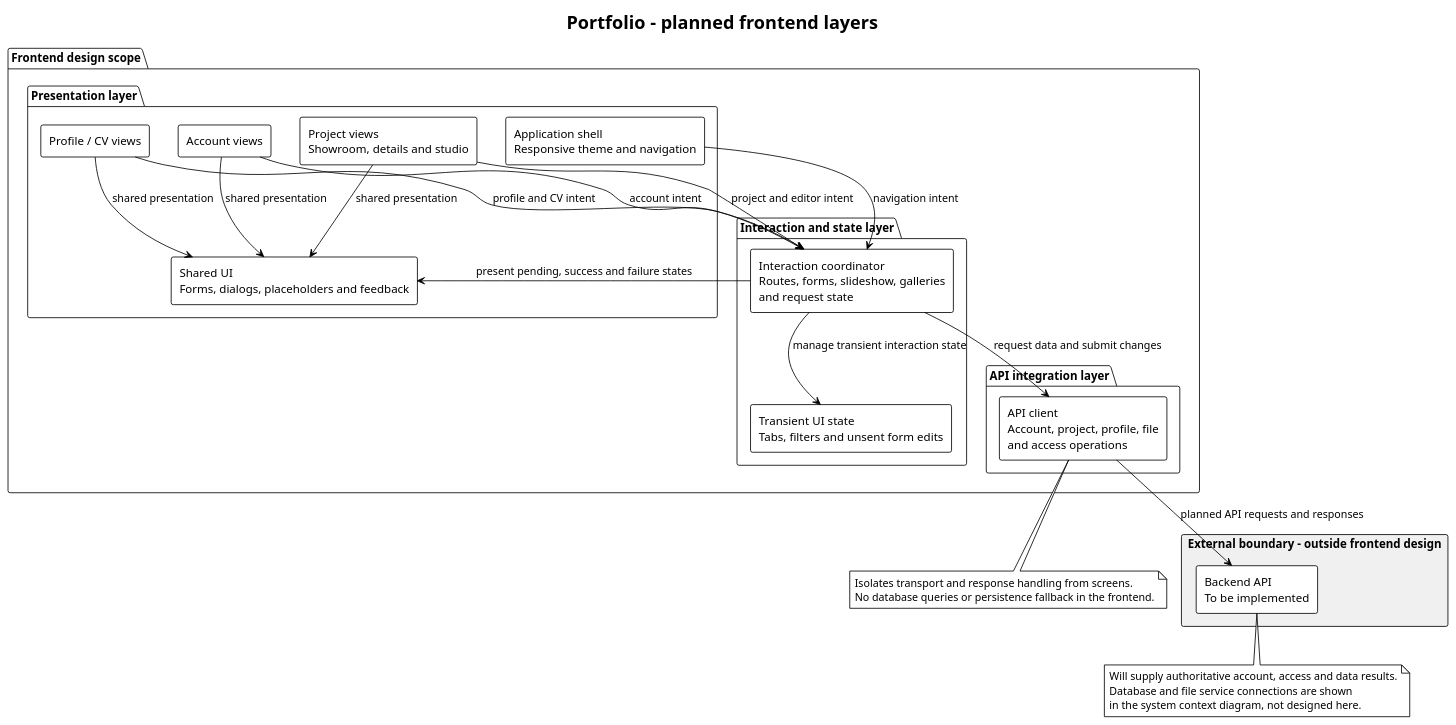
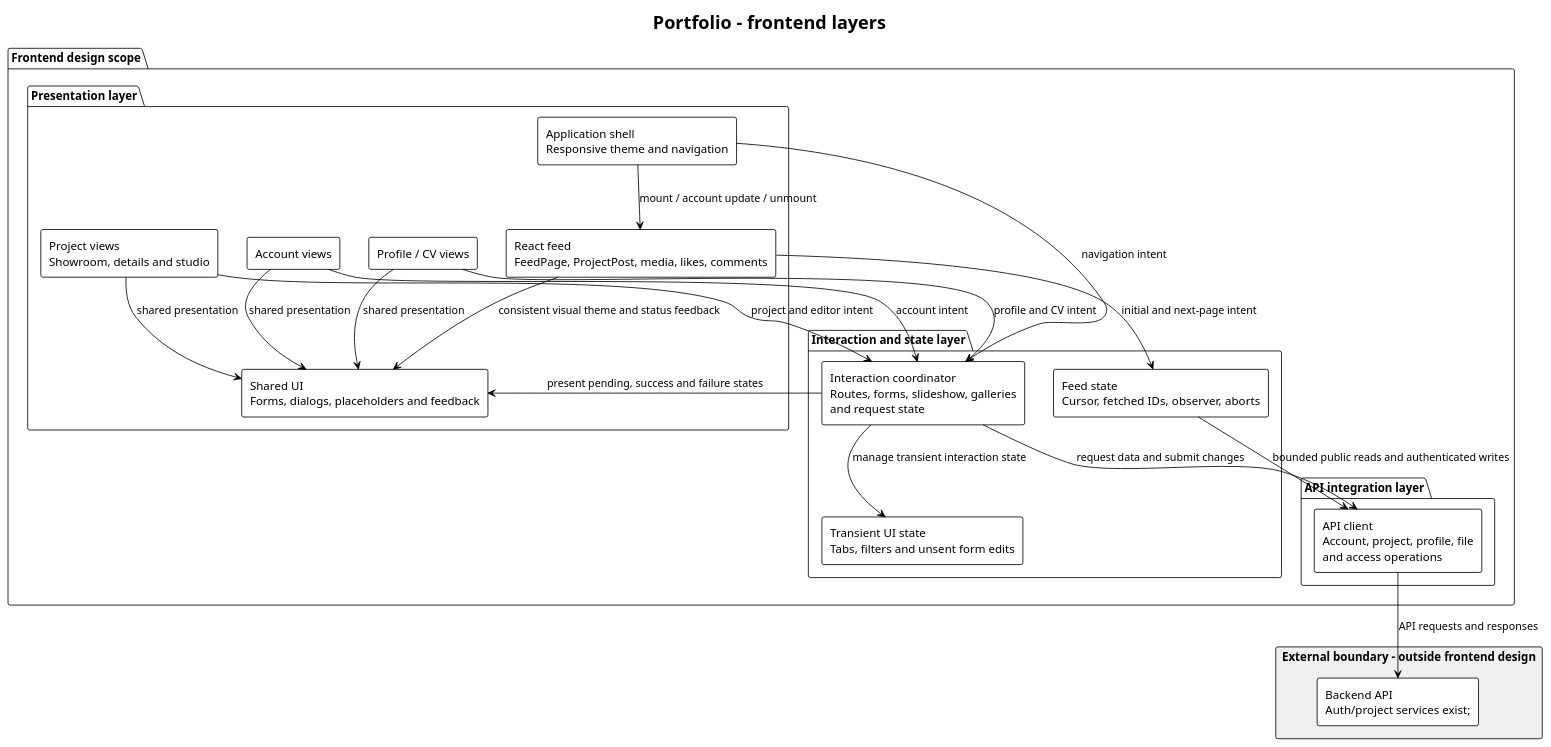
One commit to MiguelRibeiro1210/Portfolio_Website changed the diagram in docs/diagrams/frontend-layers.puml. Above: the diagram before and after it, drawn with PlantUML. The commit also changed 7 other files, not shown here.

```diff
--- a/docs/diagrams/frontend-layers.puml
+++ b/docs/diagrams/frontend-layers.puml
@@ -1,49 +1,46 @@
 @startuml
 !theme plain
-title Portfolio - planned frontend layers
+title Portfolio - frontend layers
 top to bottom direction
 skinparam shadowing false
 skinparam componentStyle rectangle
 
 package "Frontend design scope" {
   package "Presentation layer" {
     component "Application shell\nResponsive theme and navigation" as Shell
     component "Project views\nShowroom, details and studio" as Projects
+    component "React feed \nFeedPage, ProjectPost, media, likes, comments" as Feed
     component "Profile / CV views" as Profile
     component "Account views" as Account
     component "Shared UI\nForms, dialogs, placeholders and feedback" as UI
   }
   package "Interaction and state layer" {
     component "Interaction coordinator\nRoutes, forms, slideshow, galleries\nand request state" as Interaction
     rectangle "Transient UI state\nTabs, filters and unsent form edits" as State
+    component "Feed state \nCursor, fetched IDs, observer, aborts" as FeedState
   }
   package "API integration layer" {
     component "API client\nAccount, project, profile, file\nand access operations" as Client
   }
 }
 rectangle "External boundary - outside frontend design" #F0F0F0 {
-  component "Backend API\nTo be implemented" as Backend
+  component "Backend API\nAuth/project services exist;" as Backend
 }
 
 Shell --> Interaction : navigation intent
 Projects --> Interaction : project and editor intent
+Shell --> Feed : mount / account update / unmount
+Feed --> FeedState : initial and next-page intent
+FeedState --> Client : bounded public reads and authenticated writes
+Feed --> UI : consistent visual theme and status feedback
 Profile --> Interaction : profile and CV intent
 Account --> Interaction : account intent
 Projects --> UI : shared presentation
 Profile --> UI : shared presentation
 Account --> UI : shared presentation
 Interaction --> State : manage transient interaction state
 Interaction --> UI : present pending, success and failure states
 Interaction --> Client : request data and submit changes
-Client --> Backend : planned API requests and responses
+Client --> Backend : API requests and responses
 
-note bottom of Client
-  Isolates transport and response handling from screens.
-  No database queries or persistence fallback in the frontend.
-end note
-note bottom of Backend
-  Will supply authoritative account, access and data results.
-  Database and file service connections are shown
-  in the system context diagram, not designed here.
-end note
 @enduml
```
